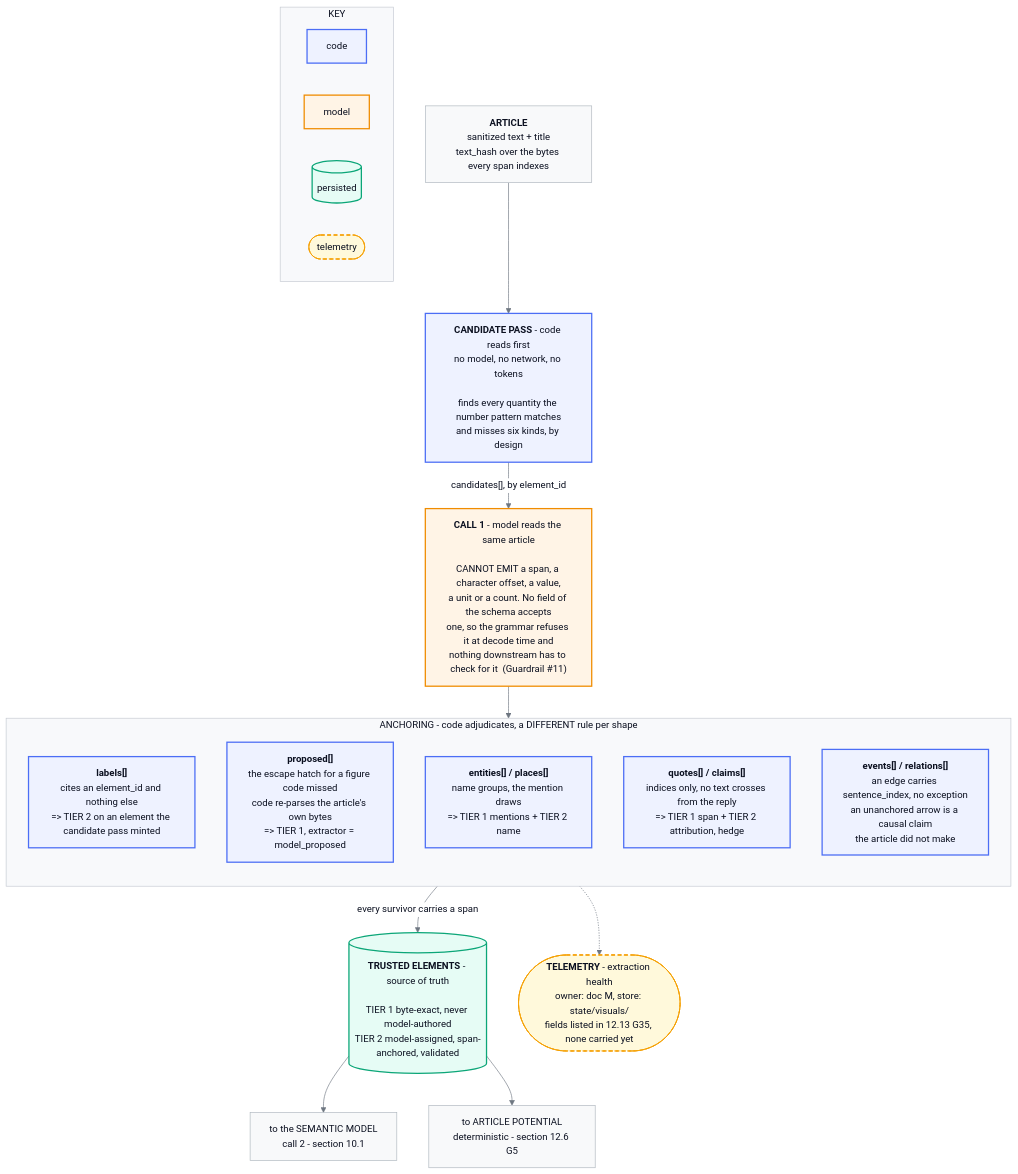
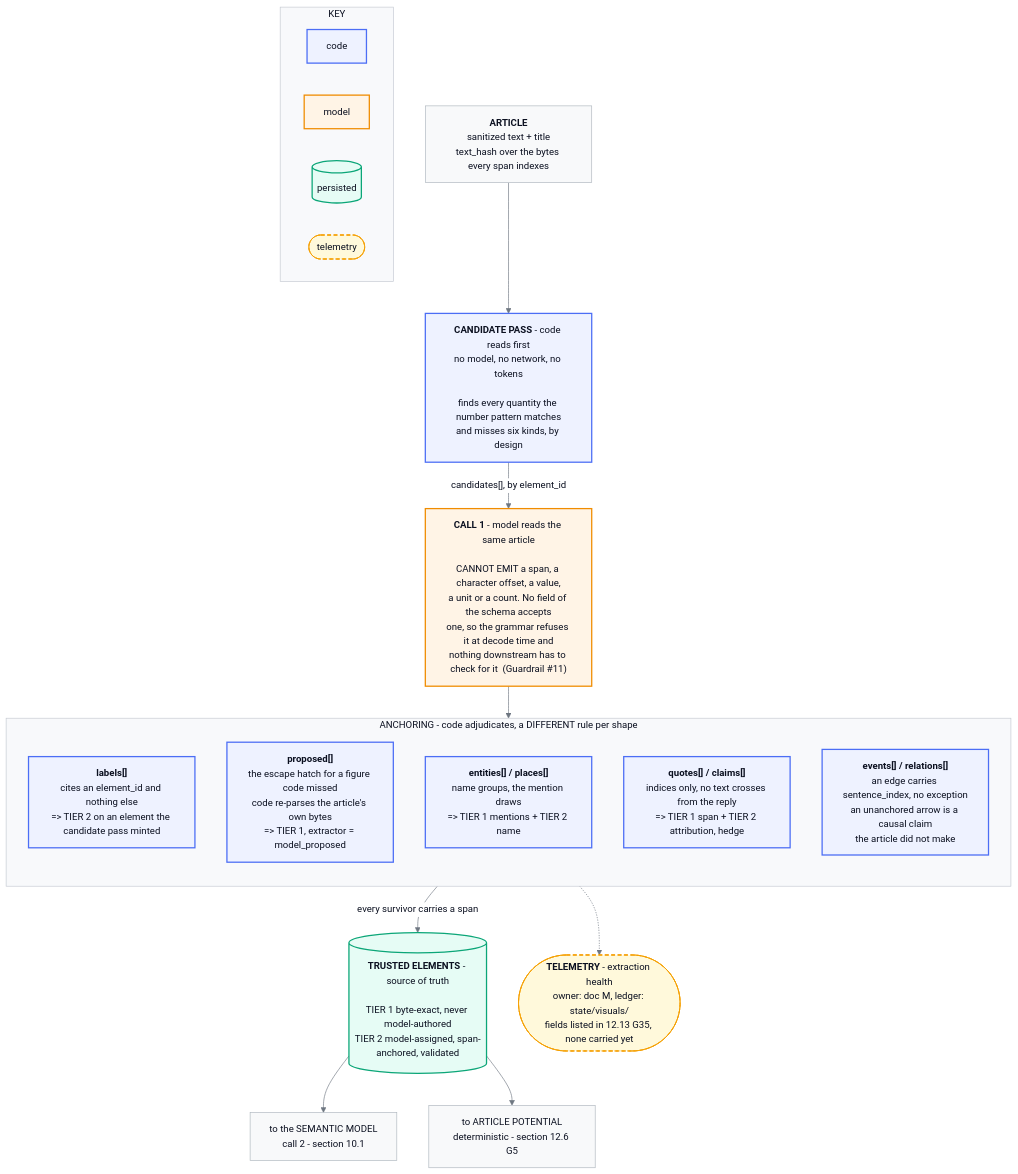
Before and after one commit to miztiik/yen-idhazh: the second of 2 diagrams in TODO/20260902-visual-planner-pseudo-plan.md, drawn with Mermaid. The commit also changed other lines of this file and 52 other files, not shown here.

````diff
--- a/TODO/20260902-visual-planner-pseudo-plan.md
+++ b/TODO/20260902-visual-planner-pseudo-plan.md
@@ -834,54 +834,54 @@
 ```mermaid
 %%{init: {"theme":"base","themeVariables":{"fontSize":"15px","fontFamily":"ui-monospace, SFMono-Regular, Menlo, Consolas, monospace","background":"#ffffff","mainBkg":"#ffffff","edgeLabelBackground":"#ffffff","labelBackground":"#ffffff","textColor":"#0b1020","titleColor":"#0b1020","nodeTextColor":"#0b1020","secondaryTextColor":"#0b1020","tertiaryTextColor":"#0b1020","lineColor":"#6e7781","primaryColor":"#eef2ff","primaryBorderColor":"#4c6ef5","primaryTextColor":"#0b1020","clusterBkg":"#f8f9fb","clusterBorder":"#c3c8d0"}}}%%
 flowchart TD
 
   ART["<b>ARTICLE</b><br/>sanitized text + title<br/>text_hash over the bytes every span indexes"]
 
   CP["<b>CANDIDATE PASS</b> - code reads first<br/>no model, no network, no tokens<br/><br/>finds every quantity the number pattern matches<br/>and misses six kinds, by design"]
 
   C1["<b>CALL 1</b> - model reads the same article<br/><br/>CANNOT EMIT a span, a character offset, a value,<br/>a unit or a count. No field of the schema accepts<br/>one, so the grammar refuses it at decode time and<br/>nothing downstream has to check for it  (Guardrail #11)"]
 
   subgraph ANCH["ANCHORING - code adjudicates, a DIFFERENT rule per shape"]
     direction TB
     A1["<b>labels[]</b><br/>cites an element_id and nothing else<br/>=&gt; TIER 2 on an element the candidate pass minted"]
     A2["<b>proposed[]</b><br/>the escape hatch for a figure code missed<br/>code re-parses the article's own bytes<br/>=&gt; TIER 1, extractor = model_proposed"]
     A3["<b>entities[] / places[]</b><br/>name groups, the mention draws<br/>=&gt; TIER 1 mentions + TIER 2 name"]
     A4["<b>quotes[] / claims[]</b><br/>indices only, no text crosses from the reply<br/>=&gt; TIER 1 span + TIER 2 attribution, hedge"]
     A5["<b>events[] / relations[]</b><br/>an edge carries sentence_index, no exception<br/>an unanchored arrow is a causal claim<br/>the article did not make"]
   end
 
   TE[("<b>TRUSTED ELEMENTS</b> - source of truth<br/><br/>TIER 1 byte-exact, never model-authored<br/>TIER 2 model-assigned, span-anchored, validated")]
 
   OUT1["to the SEMANTIC MODEL<br/>call 2 - section 10.1"]
   OUT2["to ARTICLE POTENTIAL<br/>deterministic - section 12.6 G5"]
 
   ART --> CP
   CP -->|"candidates[], by element_id"| C1
   C1 --> ANCH
   ANCH -->|"every survivor carries a span"| TE
   TE --> OUT1
   TE --> OUT2
 
-  TEL1(["<b>TELEMETRY</b> - extraction health<br/>owner: doc M, store: state/visuals/<br/>fields listed in 12.13 G35, none carried yet"])
+  TEL1(["<b>TELEMETRY</b> - extraction health<br/>owner: doc M, ledger: state/visuals/<br/>fields listed in 12.13 G35, none carried yet"])
   ANCH -.-> TEL1
 
   subgraph KEY["KEY"]
     direction LR
     K1["code"]
     K2["model"]
     K3[("persisted")]
     K4(["telemetry"])
   end
 
   classDef code fill:#eef2ff,stroke:#4c6ef5,stroke-width:2px,color:#0b1020;
   classDef model fill:#fff4e6,stroke:#f08c00,stroke-width:2px,color:#0b1020;
-  classDef store fill:#e6fcf5,stroke:#0ca678,stroke-width:2px,color:#0b1020;
+  classDef ledger fill:#e6fcf5,stroke:#0ca678,stroke-width:2px,color:#0b1020;
   classDef plain fill:#f8f9fa,stroke:#adb5bd,stroke-width:1px,color:#0b1020;
   classDef telem fill:#fff9db,stroke:#f59f00,stroke-width:1.5px,color:#0b1020,stroke-dasharray: 6 4;
 
   class ART,OUT1,OUT2 plain;
   class CP,A1,A2,A3,A4,A5,K1 code;
   class C1,K2 model;
-  class TE,K3 store;
+  class TE,K3 ledger;
   class TEL1,K4 telem;
 ```
````
